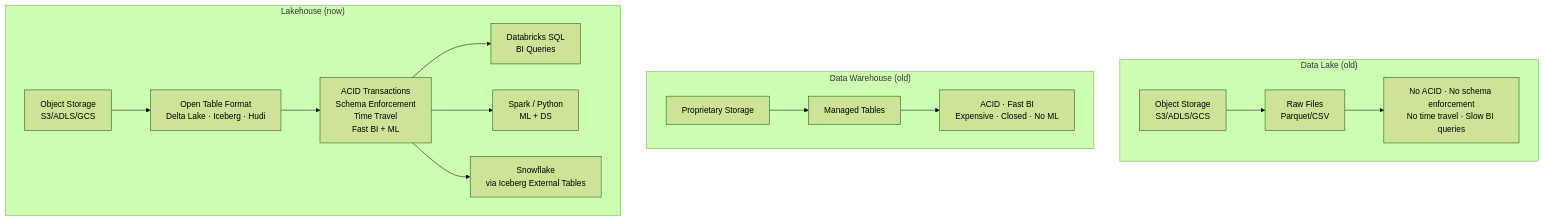
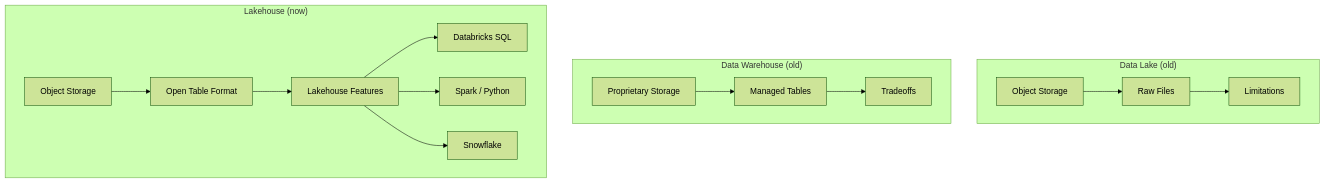
Before and after one commit to gcmishra7/data-engineering-helper: the diagram in 00-foundations/06-lakehouse-architecture.md, drawn with Mermaid (forest theme). The commit also changed other lines of this file and 57 other files, not shown here.

First line of the commit message:
Shorten mermaid node labels to fix text truncation on GitHub

````diff
--- a/00-foundations/06-lakehouse-architecture.md
+++ b/00-foundations/06-lakehouse-architecture.md
@@ -9,20 +9,20 @@
 ```mermaid
 graph TD
     subgraph "Data Lake (old)"
-        L1[Object Storage<br/>S3/ADLS/GCS] --> L2[Raw Files<br/>Parquet/CSV]
-        L2 --> L3[No ACID · No schema enforcement<br/>No time travel · Slow BI queries]
+        L1[Object Storage] --> L2[Raw Files]
+        L2 --> L3[Limitations]
     end
 
     subgraph "Data Warehouse (old)"
         W1[Proprietary Storage] --> W2[Managed Tables]
-        W2 --> W3[ACID · Fast BI<br/>Expensive · Closed · No ML]
+        W2 --> W3[Tradeoffs]
     end
 
     subgraph "Lakehouse (now)"
-        LH1[Object Storage<br/>S3/ADLS/GCS] --> LH2[Open Table Format<br/>Delta Lake · Iceberg · Hudi]
-        LH2 --> LH3[ACID Transactions<br/>Schema Enforcement<br/>Time Travel<br/>Fast BI + ML]
-        LH3 --> LH4a[Databricks SQL<br/>BI Queries]
-        LH3 --> LH4b[Spark / Python<br/>ML + DS]
-        LH3 --> LH4c[Snowflake<br/>via Iceberg External Tables]
+        LH1[Object Storage] --> LH2[Open Table Format]
+        LH2 --> LH3[Lakehouse Features]
+        LH3 --> LH4a[Databricks SQL]
+        LH3 --> LH4b[Spark / Python]
+        LH3 --> LH4c[Snowflake]
     end
 ```
````
